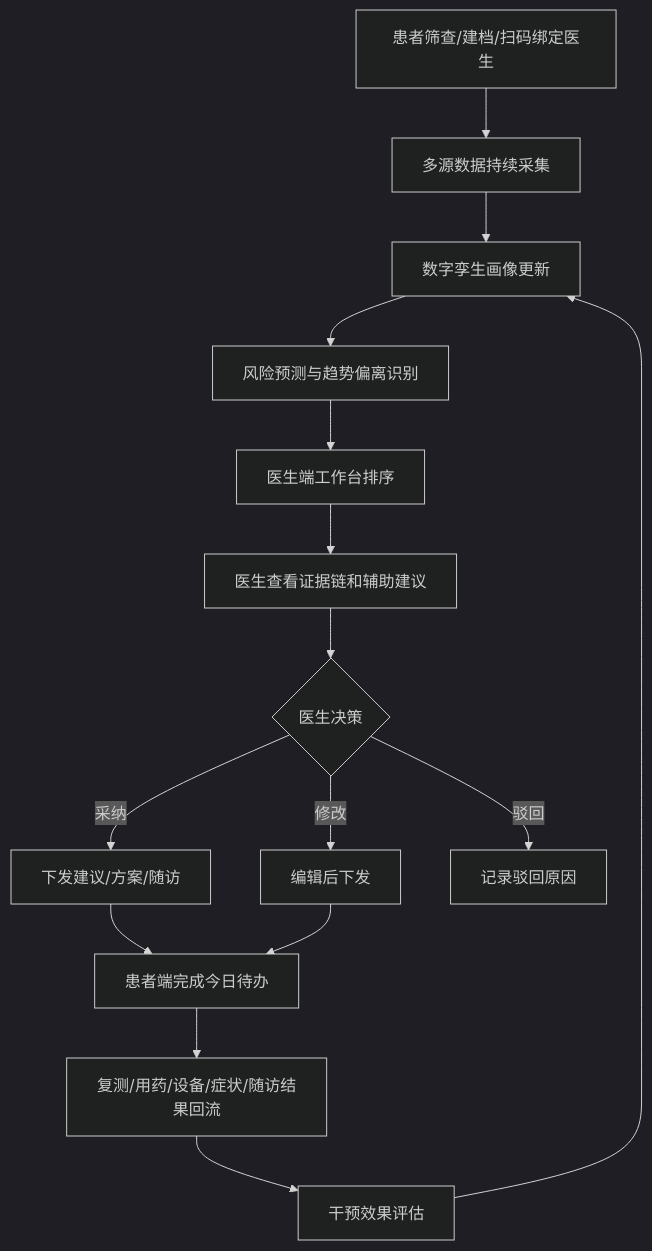
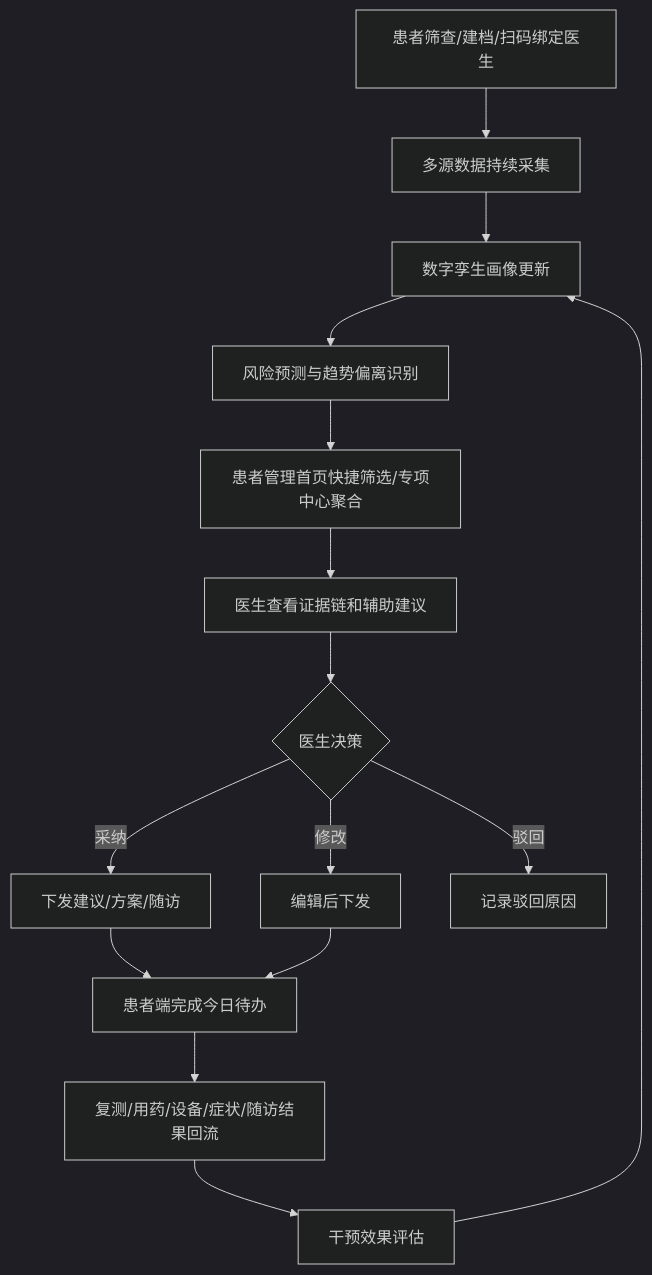
Before and after one commit to supersuperman666/twin: the first of 7 diagrams in docs/医生PC端PRD.md, drawn with Mermaid (dark theme). The commit also changed other lines of this file, not shown here.

````diff
--- a/docs/医生PC端PRD.md
+++ b/docs/医生PC端PRD.md
@@ -54,17 +54,17 @@
 ```mermaid
 flowchart TD
   A["患者筛查/建档/扫码绑定医生"] --> B["多源数据持续采集"]
   B --> C["数字孪生画像更新"]
   C --> D["风险预测与趋势偏离识别"]
-  D --> E["医生端工作台排序"]
+  D --> E["患者管理首页快捷筛选/专项中心聚合"]
   E --> F["医生查看证据链和辅助建议"]
   F --> G{"医生决策"}
   G -->|采纳| H["下发建议/方案/随访"]
   G -->|修改| I["编辑后下发"]
   G -->|驳回| J["记录驳回原因"]
   H --> K["患者端完成今日待办"]
   I --> K
   K --> L["复测/用药/设备/症状/随访结果回流"]
   L --> M["干预效果评估"]
   M --> C
 ```
````
